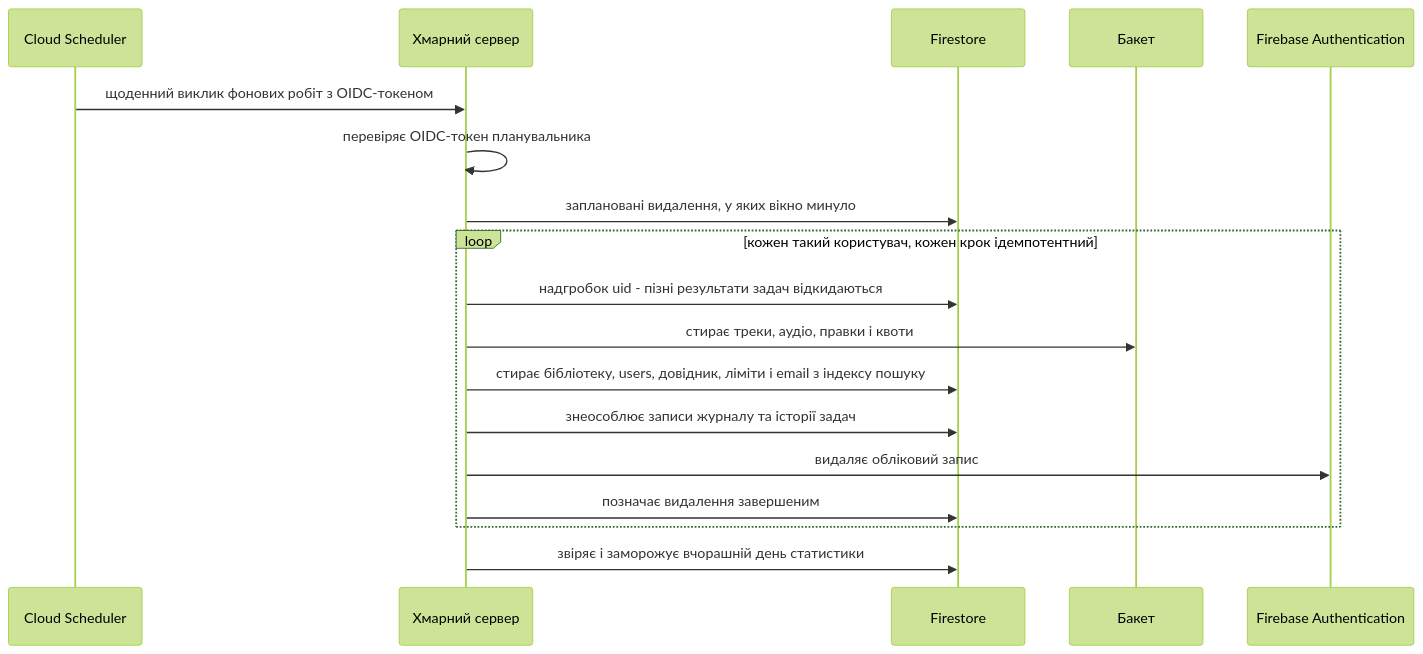
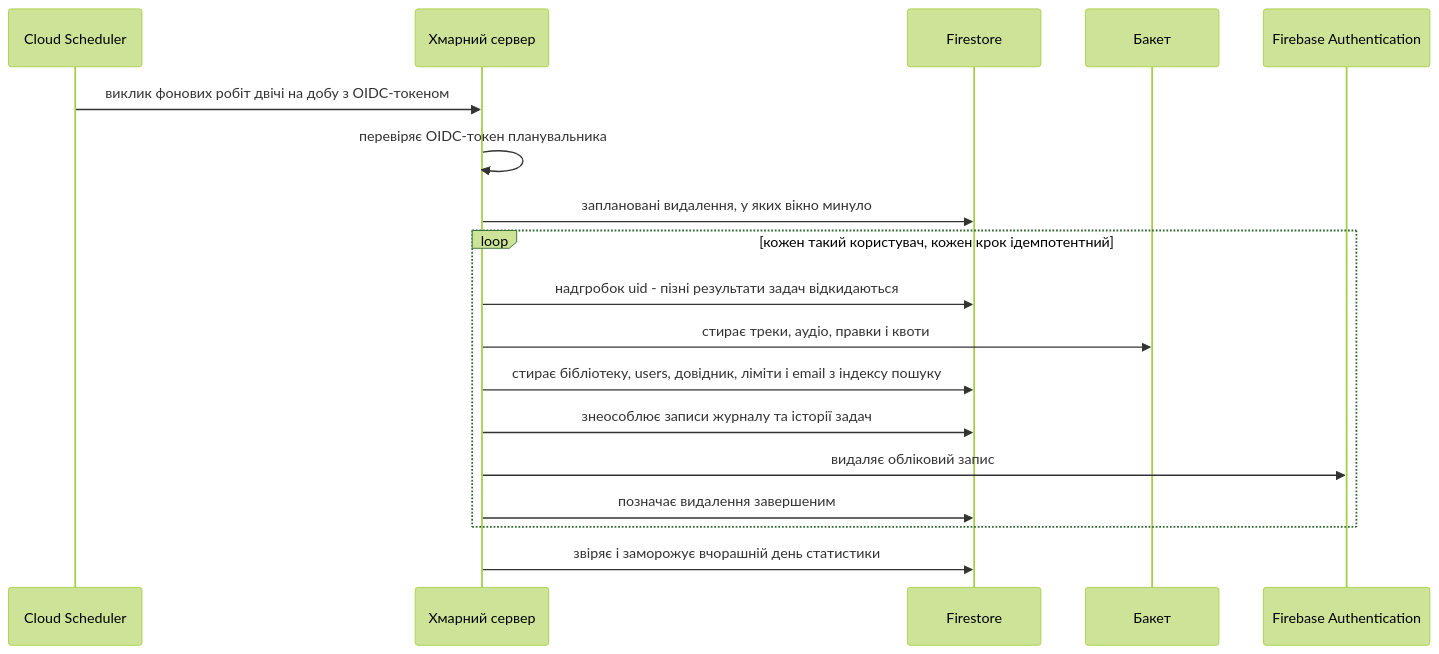
The fifth of 5 diagrams in docs/features/admin/sad.md (shchadyloTaras/chords-listener), drawn with Mermaid (forest theme) before and after one commit. The commit also changed other lines of this file and 4 other files, not shown here.

````diff
--- a/docs/features/admin/sad.md
+++ b/docs/features/admin/sad.md
@@ -322,20 +322,20 @@
 ```mermaid
 sequenceDiagram
     participant Sch as Cloud Scheduler
     participant API as Хмарний сервер
     participant FS as Firestore
     participant GCS as Бакет
     participant Auth as Firebase Authentication
-    Sch->>API: щоденний виклик фонових робіт з OIDC-токеном
+    Sch->>API: виклик фонових робіт двічі на добу з OIDC-токеном
     API->>API: перевіряє OIDC-токен планувальника
     API->>FS: заплановані видалення, у яких вікно минуло
     loop кожен такий користувач, кожен крок ідемпотентний
         API->>FS: надгробок uid - пізні результати задач відкидаються
         API->>GCS: стирає треки, аудіо, правки і квоти
         API->>FS: стирає бібліотеку, users, довідник, ліміти і email з індексу пошуку
         API->>FS: знеособлює записи журналу та історії задач
         API->>Auth: видаляє обліковий запис
         API->>FS: позначає видалення завершеним
     end
     API->>FS: звіряє і заморожує вчорашній день статистики
 ```
````
